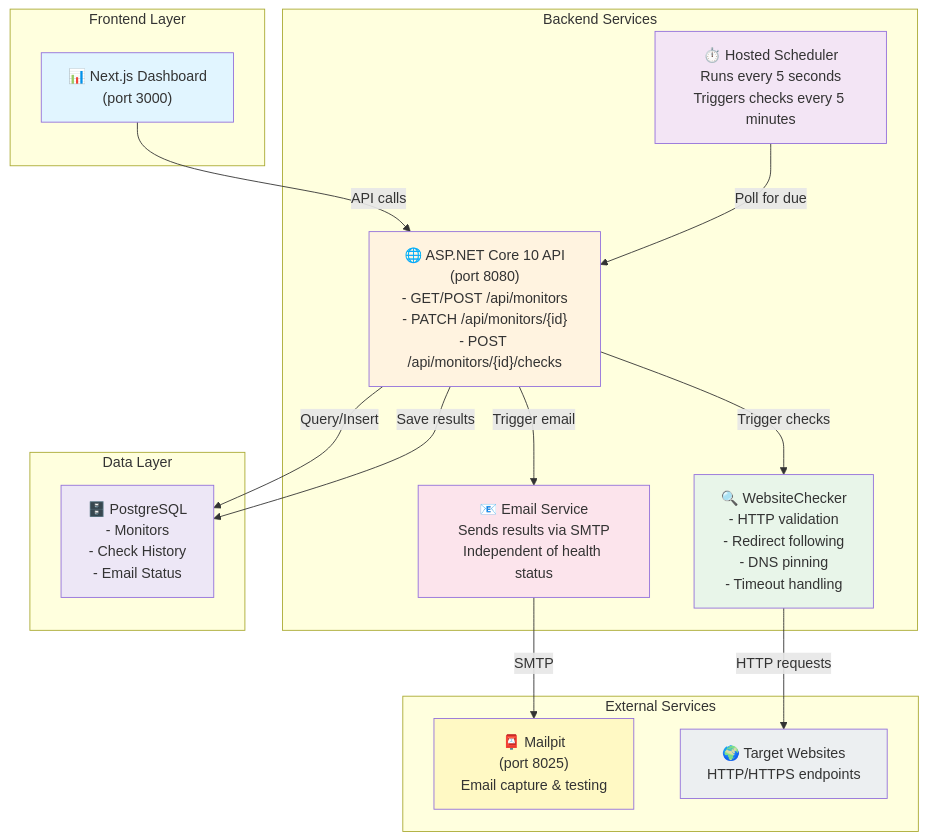
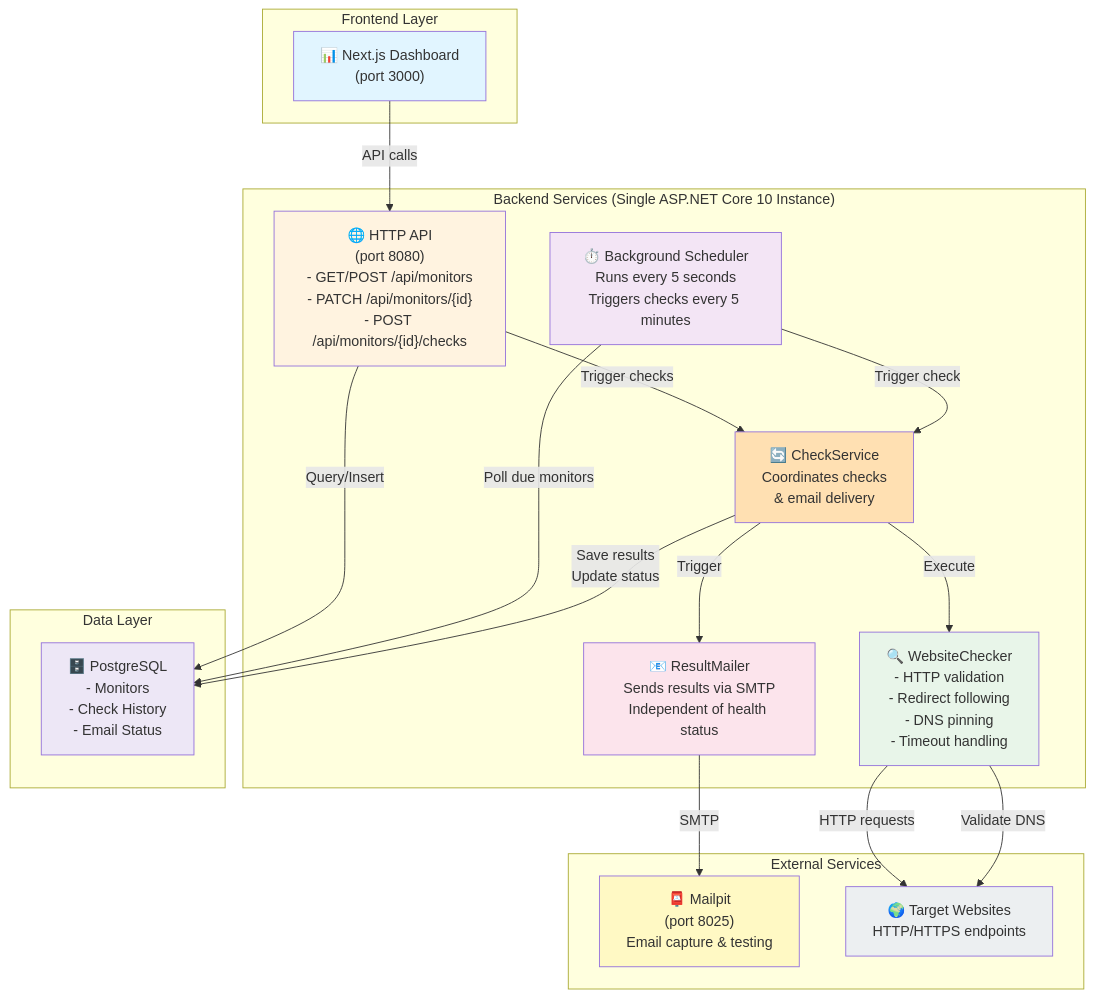
One commit to pedroaz/website-health-checker-backend changed the first of 8 diagrams in SUMMARY.md. Above: the diagram before and after it, drawn with Mermaid. The commit also changed other lines of this file, not shown here.

First line of the commit message:
fix: correct database schema, data flow, and component responsibilities

````diff
--- a/SUMMARY.md
+++ b/SUMMARY.md
@@ -7,40 +7,45 @@
 ```mermaid
 graph TB
     subgraph "Frontend Layer"
         Dashboard["📊 Next.js Dashboard<br/>(port 3000)"]
     end
     
-    subgraph "Backend Services"
-        API["🌐 ASP.NET Core 10 API<br/>(port 8080)<br/>- GET/POST /api/monitors<br/>- PATCH /api/monitors/{id}<br/>- POST /api/monitors/{id}/checks"]
-        Scheduler["⏱️ Hosted Scheduler<br/>Runs every 5 seconds<br/>Triggers checks every 5 minutes"]
+    subgraph "Backend Services (Single ASP.NET Core 10 Instance)"
+        API["🌐 HTTP API<br/>(port 8080)<br/>- GET/POST /api/monitors<br/>- PATCH /api/monitors/{id}<br/>- POST /api/monitors/{id}/checks"]
+        Scheduler["⏱️ Background Scheduler<br/>Runs every 5 seconds<br/>Triggers checks every 5 minutes"]
+        Service["🔄 CheckService<br/>Coordinates checks<br/>& email delivery"]
         Checker["🔍 WebsiteChecker<br/>- HTTP validation<br/>- Redirect following<br/>- DNS pinning<br/>- Timeout handling"]
-        Mailer["📧 Email Service<br/>Sends results via SMTP<br/>Independent of health status"]
+        Mailer["📧 ResultMailer<br/>Sends results via SMTP<br/>Independent of health status"]
     end
     
     subgraph "Data Layer"
         DB["🗄️ PostgreSQL<br/>- Monitors<br/>- Check History<br/>- Email Status"]
     end
     
     subgraph "External Services"
         Mailpit["📮 Mailpit<br/>(port 8025)<br/>Email capture & testing"]
         Websites["🌍 Target Websites<br/>HTTP/HTTPS endpoints"]
     end
     
     Dashboard -->|API calls| API
+    API -->|Trigger checks| Service
     API -->|Query/Insert| DB
-    API -->|Trigger checks| Checker
-    Scheduler -->|Poll for due| API
+    Scheduler -->|Poll due monitors| DB
+    Scheduler -->|Trigger check| Service
+    Service -->|Execute| Checker
+    Service -->|Trigger| Mailer
     Checker -->|HTTP requests| Websites
+    Checker -->|Validate DNS| Websites
     Mailer -->|SMTP| Mailpit
-    API -->|Save results| DB
-    API -->|Trigger email| Mailer
+    Service -->|Save results<br/>Update status| DB
     
     style Dashboard fill:#e1f5ff
     style API fill:#fff3e0
     style Scheduler fill:#f3e5f5
+    style Service fill:#ffe0b2
     style Checker fill:#e8f5e9
     style Mailer fill:#fce4ec
     style DB fill:#ede7f6
     style Mailpit fill:#fff9c4
     style Websites fill:#eceff1
 ```
````
